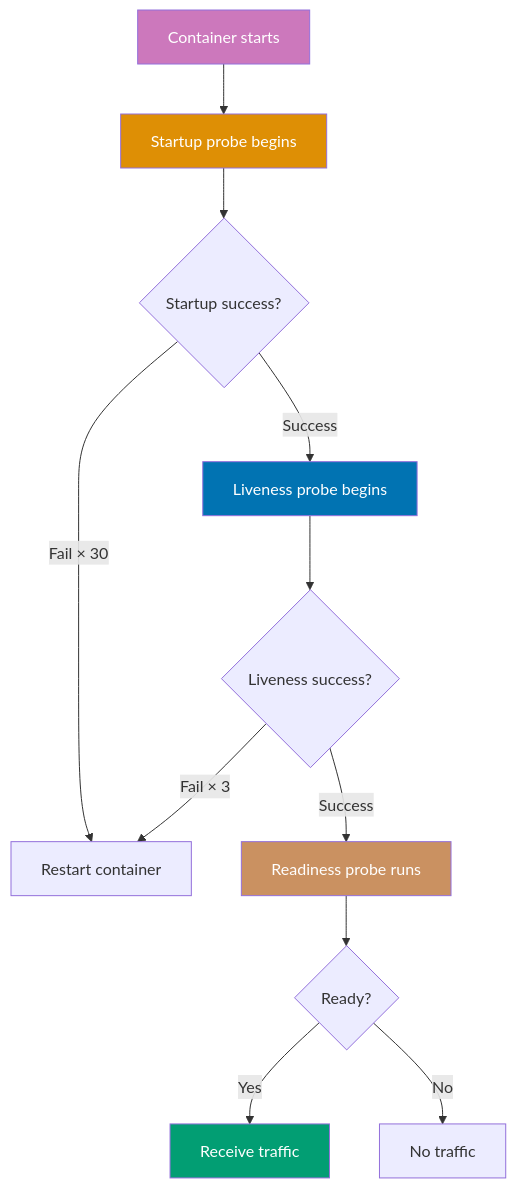
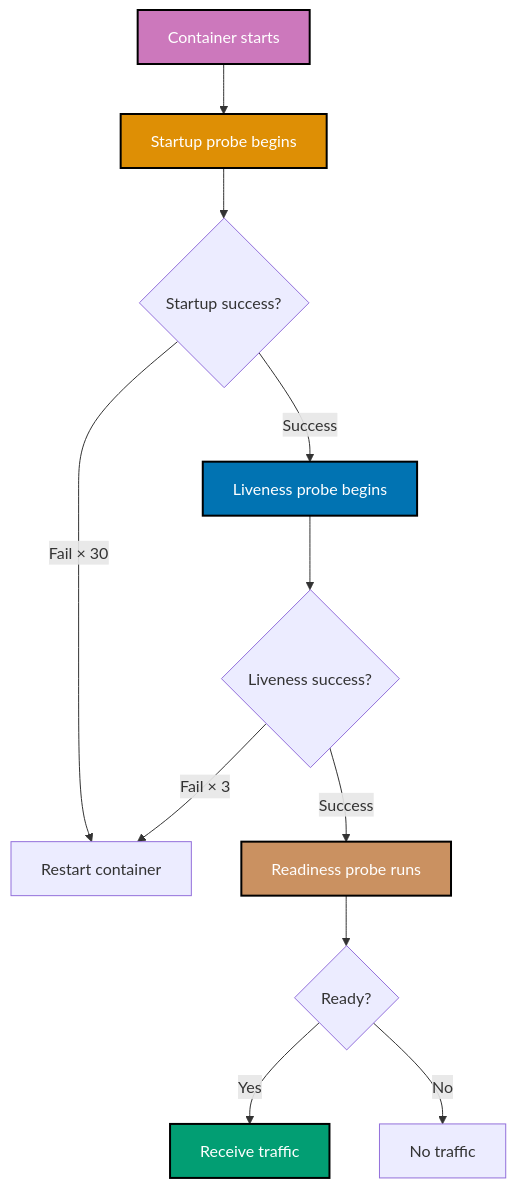
One commit to wahidyankf/open-sharia-enterprise changed diagram 12 of 12 in apps/ayokoding-web/content/en/learn/software-engineering/infrastructure/tools/kubernetes/by-example/intermediate.md. Above: the diagram before and after it, drawn with Mermaid. The commit also changed other lines of this file and 25 other files, not shown here.

````diff
--- a/apps/ayokoding-web/content/en/learn/software-engineering/infrastructure/tools/kubernetes/by-example/intermediate.md
+++ b/apps/ayokoding-web/content/en/learn/software-engineering/infrastructure/tools/kubernetes/by-example/intermediate.md
@@ -2394,20 +2405,21 @@
 ```mermaid
+%% Color Palette: Blue #0173B2, Orange #DE8F05, Teal #029E73, Purple #CC78BC, Brown #CA9161
 %% Probe execution sequence
 graph TD
  A[Container starts] --> B[Startup probe begins]
  B --> C{Startup success?}
  C -->|Fail × 30| D[Restart container]
  C -->|Success| E[Liveness probe begins]
  E --> F{Liveness success?}
  F -->|Fail × 3| D
  F -->|Success| G[Readiness probe runs]
  G --> H{Ready?}
  H -->|Yes| I[Receive traffic]
  H -->|No| J[No traffic]
 
- style A fill:#CC78BC,color:#fff
- style B fill:#DE8F05,color:#fff
- style E fill:#0173B2,color:#fff
- style G fill:#CA9161,color:#fff
- style I fill:#029E73,color:#fff
+ style A fill:#CC78BC,stroke:#000000,stroke-width:2px,color:#fff
+ style B fill:#DE8F05,stroke:#000000,stroke-width:2px,color:#fff
+ style E fill:#0173B2,stroke:#000000,stroke-width:2px,color:#fff
+ style G fill:#CA9161,stroke:#000000,stroke-width:2px,color:#fff
+ style I fill:#029E73,stroke:#000000,stroke-width:2px,color:#fff
 ```
````
